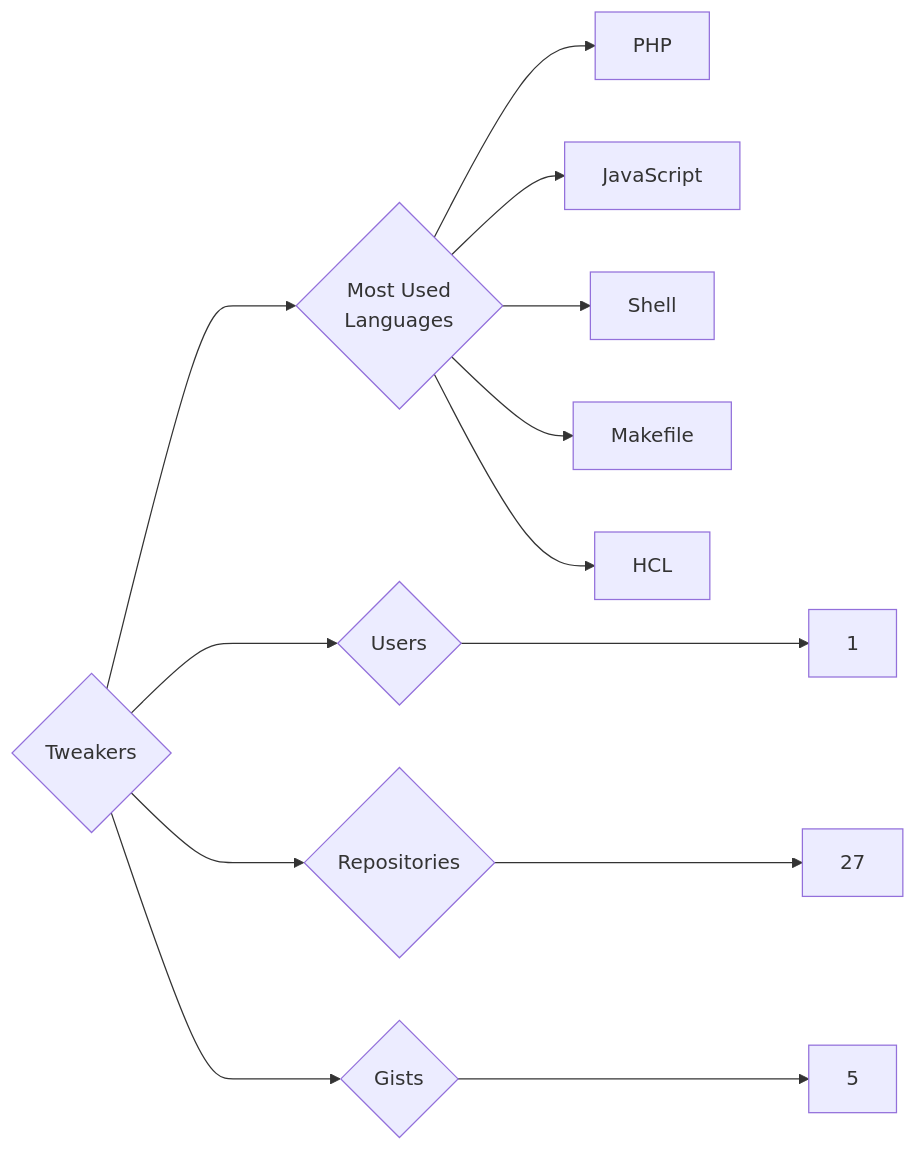
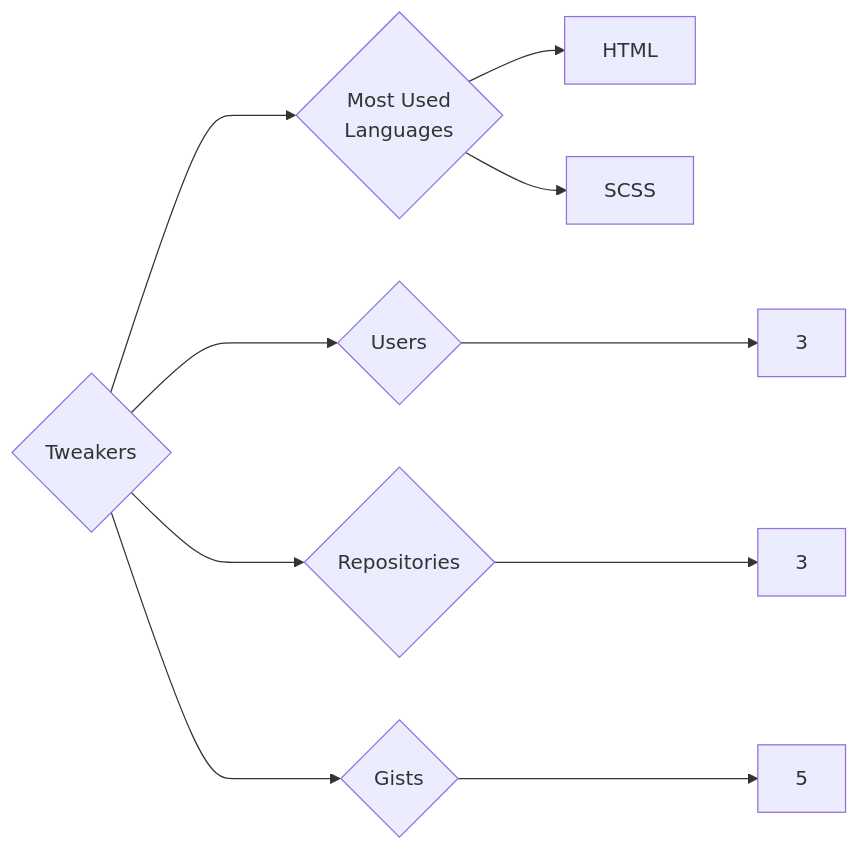
Before and after one commit to trickest/insiders: the diagram in targets/Tweakers/README.md, drawn with Mermaid. The commit also changed 695 other files, not shown here.

````diff
--- a/targets/Tweakers/README.md
+++ b/targets/Tweakers/README.md
@@ -3,13 +3,10 @@
 ```mermaid
 graph LR
 COMPANY_NAME{Tweakers}
-COMPANY_NAME ---> U{Users} ---> UN[1]
-COMPANY_NAME ---> R{Repositories} ---> RN[27]
+COMPANY_NAME ---> U{Users} ---> UN[3]
+COMPANY_NAME ---> R{Repositories} ---> RN[3]
 COMPANY_NAME ---> G{Gists} ---> GN[5]
 COMPANY_NAME ---> ML{Most Used<br>Languages}
-ML --> PHP[PHP]
-ML --> JavaScript[JavaScript]
-ML --> Shell[Shell]
-ML --> Makefile[Makefile]
-ML --> HCL[HCL]
+ML --> HTML[HTML]
+ML --> SCSS[SCSS]
 ```
````
